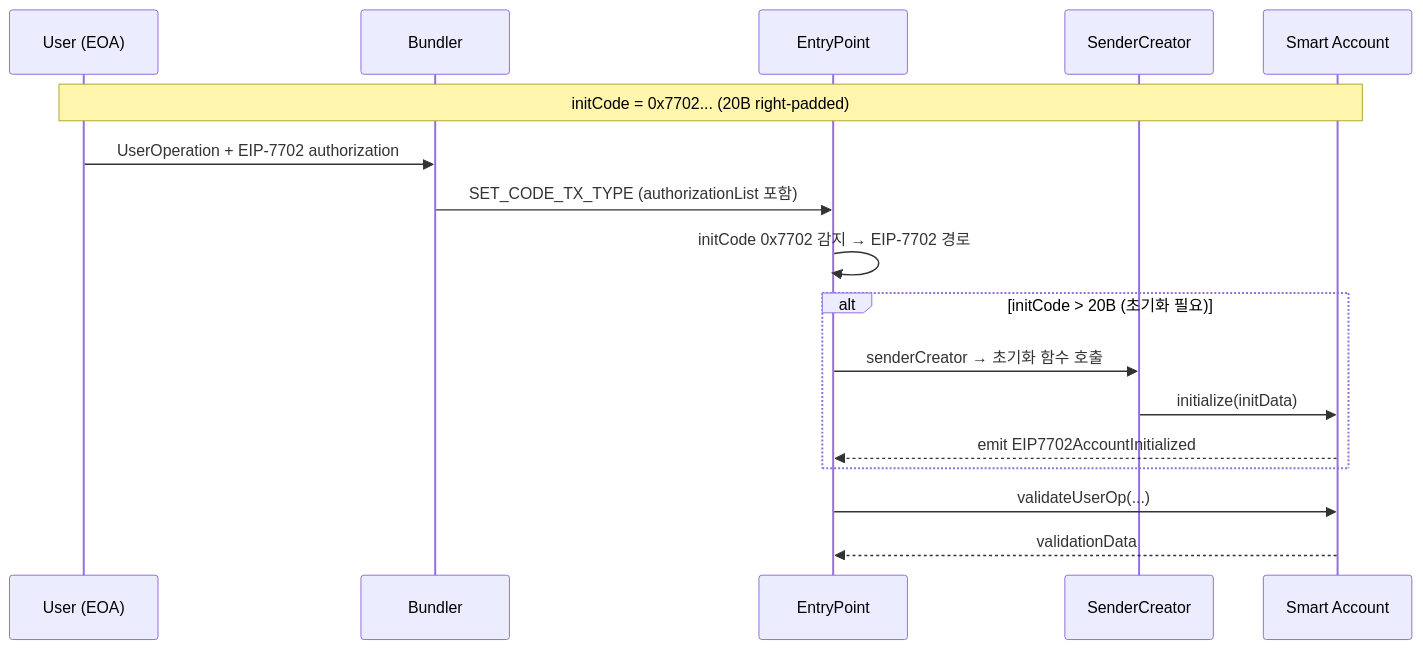
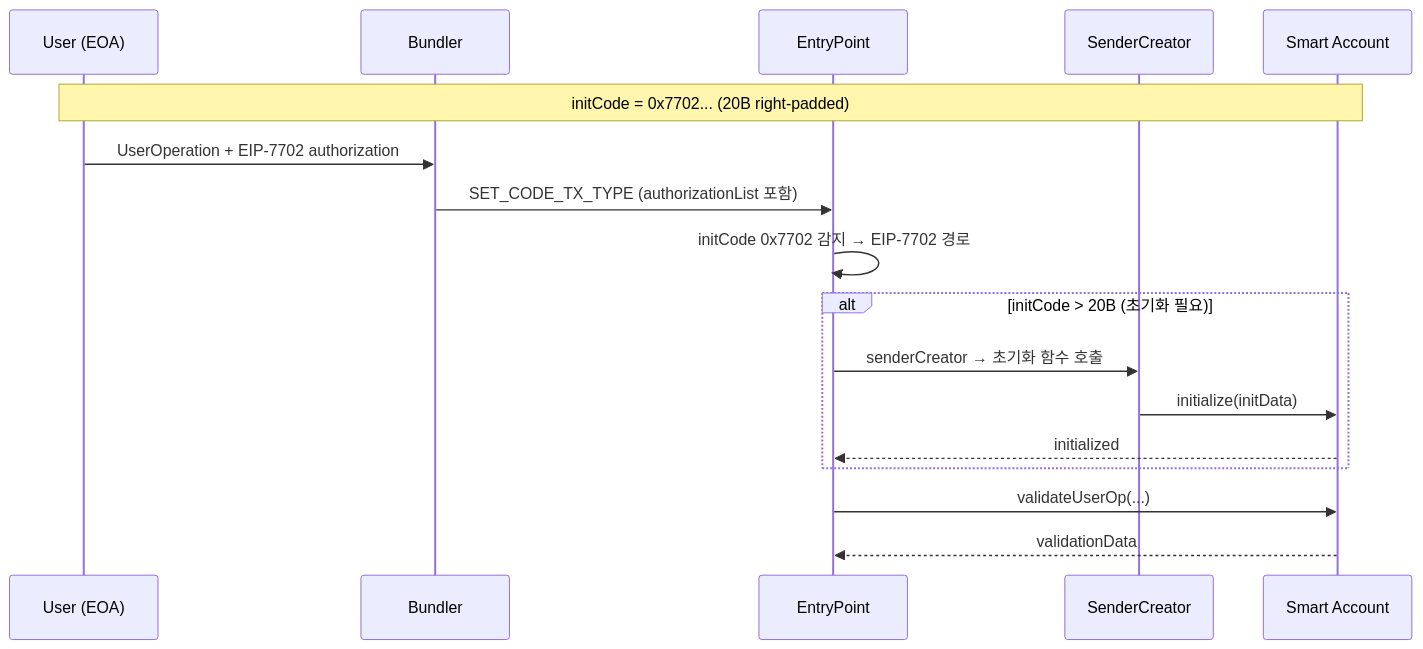
One commit to onlyhyde/stable-platform changed diagram 12 of 22 in docs/claude/spec/EIP-4337_스펙표준_정리.md. Above: the diagram before and after it, drawn with Mermaid. The commit also changed other lines of this file and 1 other file, not shown here.

````diff
--- a/docs/claude/spec/EIP-4337_스펙표준_정리.md
+++ b/docs/claude/spec/EIP-4337_스펙표준_정리.md
@@ -577,23 +597,23 @@
 ```mermaid
 sequenceDiagram
     participant U as User (EOA)
     participant B as Bundler
     participant EP as EntryPoint
     participant SC as SenderCreator
     participant SA as Smart Account
 
     Note over U,SA: initCode = 0x7702... (20B right-padded)
 
     U->>B: UserOperation + EIP-7702 authorization
     B->>EP: SET_CODE_TX_TYPE (authorizationList 포함)
     EP->>EP: initCode 0x7702 감지 → EIP-7702 경로
 
     alt initCode > 20B (초기화 필요)
         EP->>SC: senderCreator → 초기화 함수 호출
         SC->>SA: initialize(initData)
-        SA-->>EP: emit EIP7702AccountInitialized
+        SA-->>EP: initialized
     end
 
     EP->>SA: validateUserOp(...)
     SA-->>EP: validationData
 ```
````
